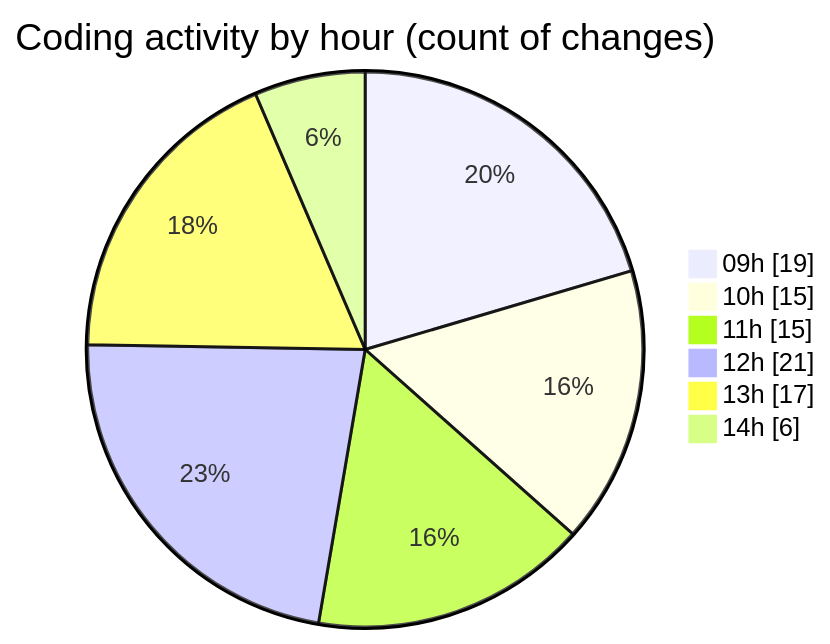
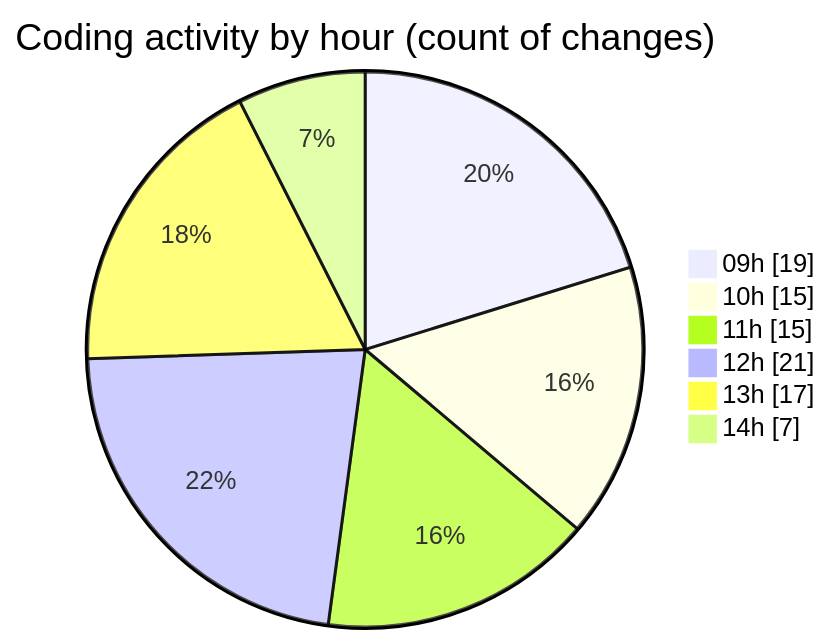
Before and after one commit to momahboobian/code-tracking: the second of 2 diagrams in 2025-09-05/cda/README.md, drawn with Mermaid. The commit also changed other lines of this file and 1 other file, not shown here.

````diff
--- a/2025-09-05/cda/README.md
+++ b/2025-09-05/cda/README.md
@@ -35,10 +35,10 @@
 ```mermaid
 pie showData
 title Coding activity by hour (count of changes)
 "09h" : 19
 "10h" : 15
 "11h" : 15
 "12h" : 21
 "13h" : 17
-"14h" : 6
+"14h" : 7
 ```
````
